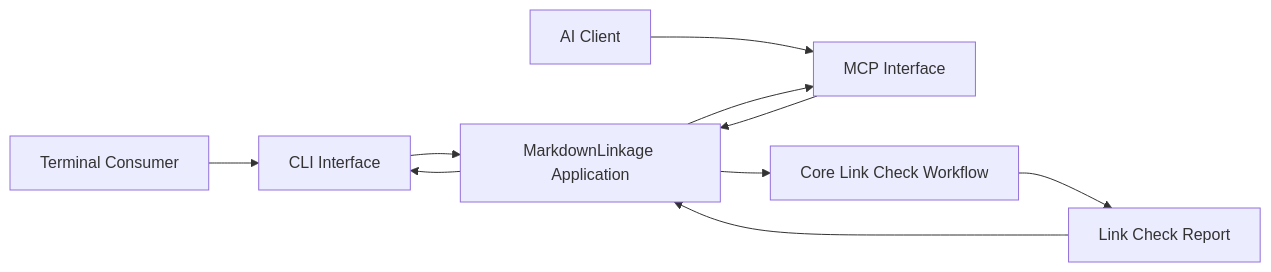
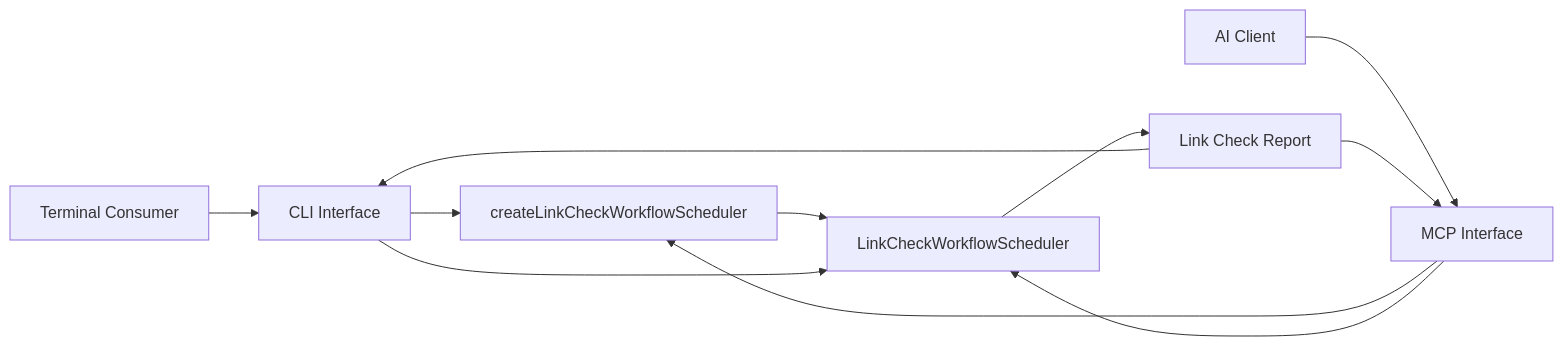
Before and after one commit to huang-xiao-jian/bluey: the diagram in specs/md-linkage/interfaces/spec.md, drawn with Mermaid. The commit also changed other lines of this file and 11 other files, not shown here.

Commit message:
refactor(md-linkage): expose workflow scheduler factory

````diff
--- a/specs/md-linkage/interfaces/spec.md
+++ b/specs/md-linkage/interfaces/spec.md
@@ -17,12 +17,13 @@
 ```mermaid
 flowchart LR
     Terminal[Terminal Consumer] --> Cli[CLI Interface]
     Agent[AI Client] --> Mcp[MCP Interface]
-    Cli --> Application[MarkdownLinkage Application]
-    Mcp --> Application
-    Application --> Workflow[Core Link Check Workflow]
+    Cli --> Factory[createLinkCheckWorkflowScheduler]
+    Mcp --> Factory
+    Factory --> Workflow[LinkCheckWorkflowScheduler]
+    Cli --> Workflow
+    Mcp --> Workflow
     Workflow --> Report[Link Check Report]
-    Report --> Application
-    Application --> Cli
-    Application --> Mcp
+    Report --> Cli
+    Report --> Mcp
 ```
````
